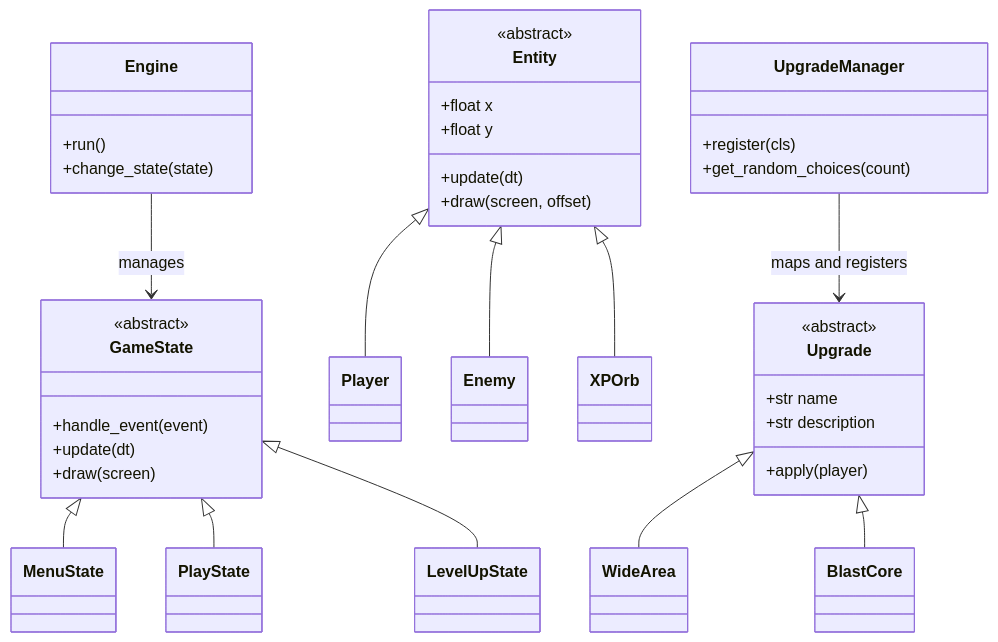
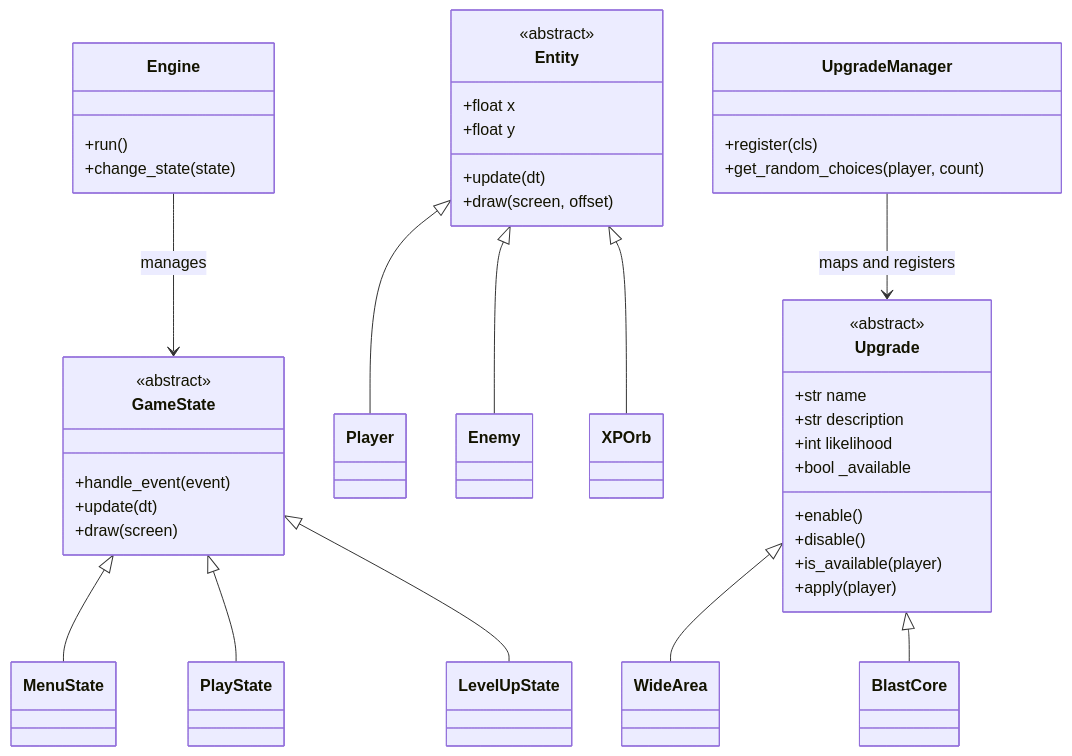
One commit to lavariall/square-survivors changed the diagram in README.md. Above: the diagram before and after it, drawn with Mermaid. The commit also changed other lines of this file and 3 other files, not shown here.

````diff
--- a/README.md
+++ b/README.md
@@ -9,56 +20,61 @@
 ```mermaid
 classDiagram
     %% Core State Machine
     class Engine {
         +run()
         +change_state(state)
     }
     class GameState {
         <<abstract>>
         +handle_event(event)
         +update(dt)
         +draw(screen)
     }
     class MenuState { }
     class PlayState { }
     class LevelUpState { }
     
     GameState <|-- MenuState
     GameState <|-- PlayState
     GameState <|-- LevelUpState
     Engine --> GameState : manages
     
     %% Entities
     class Entity {
         <<abstract>>
         +float x
         +float y
         +update(dt)
         +draw(screen, offset)
     }
     class Player { }
     class Enemy { }
     class XPOrb { }
     
     Entity <|-- Player
     Entity <|-- Enemy
     Entity <|-- XPOrb
 
     %% Systems
     class Upgrade {
         <<abstract>>
         +str name
         +str description
+        +int likelihood
+        +bool _available
+        +enable()
+        +disable()
+        +is_available(player)
         +apply(player)
     }
     class WideArea { }
     class BlastCore { }
     class UpgradeManager {
         +register(cls)
-        +get_random_choices(count)
+        +get_random_choices(player, count)
     }
     
     Upgrade <|-- WideArea
     Upgrade <|-- BlastCore
     UpgradeManager --> Upgrade : maps and registers
 ```
````
